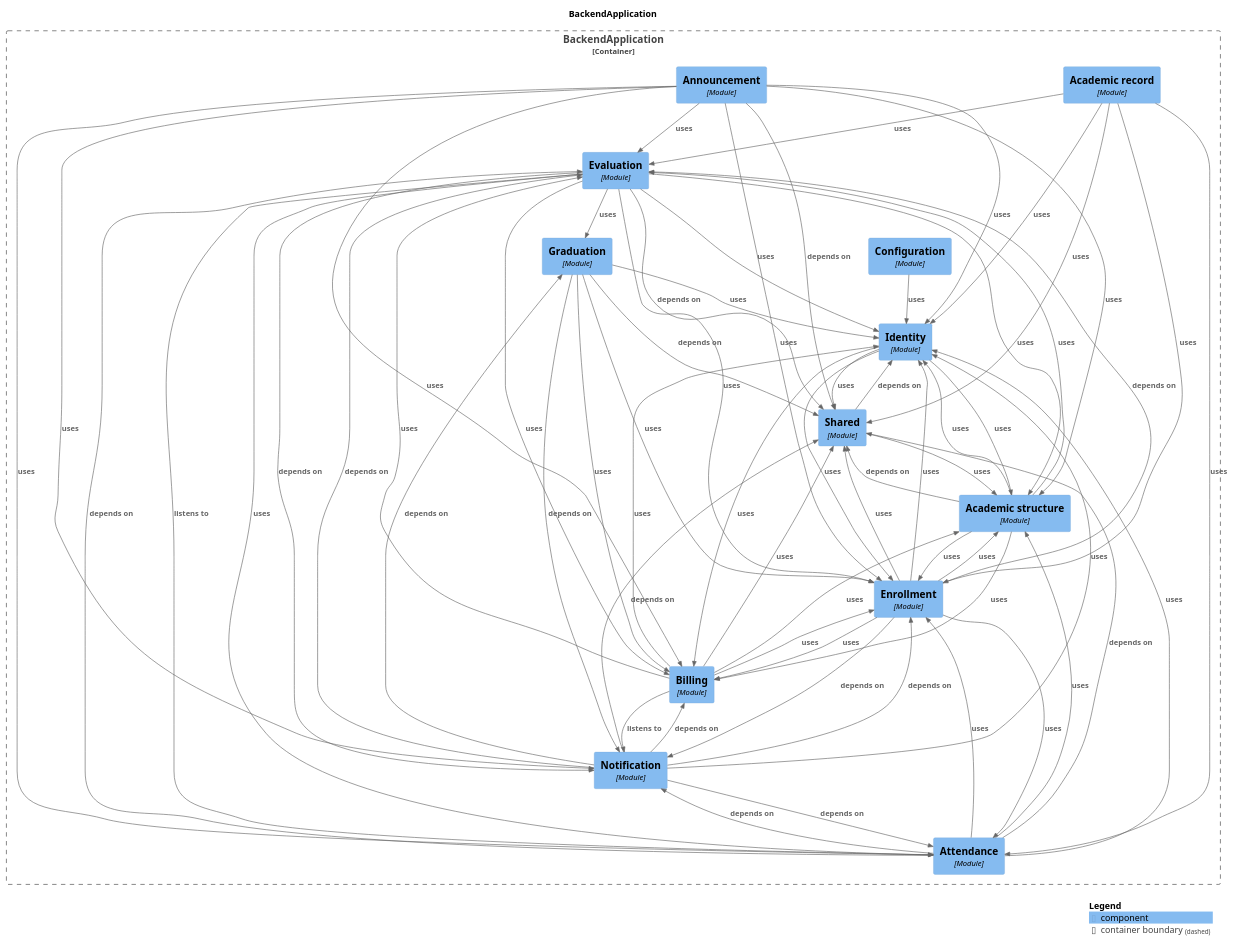
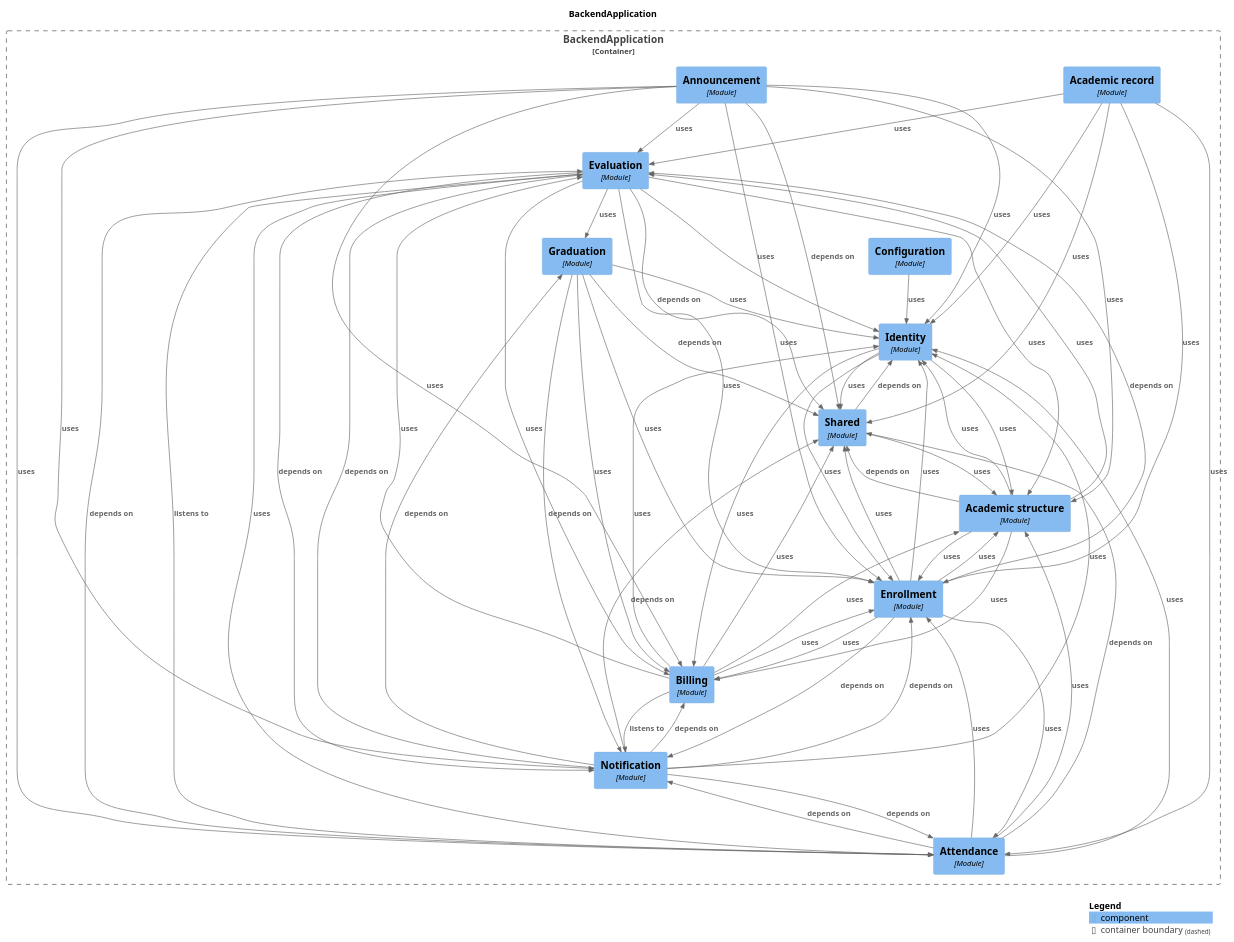
One commit to Gabriel030/agustina-bermejo-app changed the diagram in docs/architecture/components.puml. Above: the diagram before and after it, drawn with PlantUML. The commit also changed other lines of this file and 12 other files, not shown here.

```diff
--- a/docs/architecture/components.puml
+++ b/docs/architecture/components.puml
@@ -23,23 +23,51 @@
   Component(BackendApplication.BackendApplication.Enrollment, "Enrollment", $techn="Module", $descr="", $tags="", $link="")
 }
 
+Rel(BackendApplication.BackendApplication.Enrollment, BackendApplication.BackendApplication.Academicstructure, "uses", $techn="", $tags="", $link="")
+Rel(BackendApplication.BackendApplication.Enrollment, BackendApplication.BackendApplication.Attendance, "uses", $techn="", $tags="", $link="")
+Rel(BackendApplication.BackendApplication.Enrollment, BackendApplication.BackendApplication.Shared, "uses", $techn="", $tags="", $link="")
+Rel(BackendApplication.BackendApplication.Announcement, BackendApplication.BackendApplication.Shared, "depends on", $techn="", $tags="", $link="")
+Rel(BackendApplication.BackendApplication.Announcement, BackendApplication.BackendApplication.Billing, "uses", $techn="", $tags="", $link="")
+Rel(BackendApplication.BackendApplication.Announcement, BackendApplication.BackendApplication.Academicstructure, "uses", $techn="", $tags="", $link="")
+Rel(BackendApplication.BackendApplication.Announcement, BackendApplication.BackendApplication.Enrollment, "uses", $techn="", $tags="", $link="")
+Rel(BackendApplication.BackendApplication.Announcement, BackendApplication.BackendApplication.Evaluation, "uses", $techn="", $tags="", $link="")
+Rel(BackendApplication.BackendApplication.Announcement, BackendApplication.BackendApplication.Attendance, "uses", $techn="", $tags="", $link="")
+Rel(BackendApplication.BackendApplication.Announcement, BackendApplication.BackendApplication.Notification, "uses", $techn="", $tags="", $link="")
+Rel(BackendApplication.BackendApplication.Announcement, BackendApplication.BackendApplication.Identity, "uses", $techn="", $tags="", $link="")
+Rel(BackendApplication.BackendApplication.Graduation, BackendApplication.BackendApplication.Shared, "depends on", $techn="", $tags="", $link="")
+Rel(BackendApplication.BackendApplication.Graduation, BackendApplication.BackendApplication.Notification, "depends on", $techn="", $tags="", $link="")
+Rel(BackendApplication.BackendApplication.Graduation, BackendApplication.BackendApplication.Identity, "uses", $techn="", $tags="", $link="")
+Rel(BackendApplication.BackendApplication.Graduation, BackendApplication.BackendApplication.Enrollment, "uses", $techn="", $tags="", $link="")
+Rel(BackendApplication.BackendApplication.Graduation, BackendApplication.BackendApplication.Billing, "uses", $techn="", $tags="", $link="")
+Rel(BackendApplication.BackendApplication.Academicrecord, BackendApplication.BackendApplication.Identity, "uses", $techn="", $tags="", $link="")
+Rel(BackendApplication.BackendApplication.Academicrecord, BackendApplication.BackendApplication.Enrollment, "uses", $techn="", $tags="", $link="")
+Rel(BackendApplication.BackendApplication.Academicrecord, BackendApplication.BackendApplication.Attendance, "uses", $techn="", $tags="", $link="")
+Rel(BackendApplication.BackendApplication.Academicrecord, BackendApplication.BackendApplication.Evaluation, "uses", $techn="", $tags="", $link="")
+Rel(BackendApplication.BackendApplication.Academicrecord, BackendApplication.BackendApplication.Shared, "uses", $techn="", $tags="", $link="")
+Rel(BackendApplication.BackendApplication.Academicstructure, BackendApplication.BackendApplication.Shared, "depends on", $techn="", $tags="", $link="")
+Rel(BackendApplication.BackendApplication.Academicstructure, BackendApplication.BackendApplication.Enrollment, "uses", $techn="", $tags="", $link="")
+Rel(BackendApplication.BackendApplication.Academicstructure, BackendApplication.BackendApplication.Billing, "uses", $techn="", $tags="", $link="")
+Rel(BackendApplication.BackendApplication.Academicstructure, BackendApplication.BackendApplication.Identity, "uses", $techn="", $tags="", $link="")
+Rel(BackendApplication.BackendApplication.Academicstructure, BackendApplication.BackendApplication.Evaluation, "uses", $techn="", $tags="", $link="")
+Rel(BackendApplication.BackendApplication.Billing, BackendApplication.BackendApplication.Notification, "listens to", $techn="", $tags="", $link="")
 Rel(BackendApplication.BackendApplication.Billing, BackendApplication.BackendApplication.Identity, "uses", $techn="", $tags="", $link="")
 Rel(BackendApplication.BackendApplication.Billing, BackendApplication.BackendApplication.Enrollment, "uses", $techn="", $tags="", $link="")
 Rel(BackendApplication.BackendApplication.Billing, BackendApplication.BackendApplication.Shared, "uses", $techn="", $tags="", $link="")
 Rel(BackendApplication.BackendApplication.Billing, BackendApplication.BackendApplication.Academicstructure, "uses", $techn="", $tags="", $link="")
 Rel(BackendApplication.BackendApplication.Billing, BackendApplication.BackendApplication.Evaluation, "uses", $techn="", $tags="", $link="")
-Rel(BackendApplication.BackendApplication.Configuration, BackendApplication.BackendApplication.Identity, "uses", $techn="", $tags="", $link="")
-Rel(BackendApplication.BackendApplication.Graduation, BackendApplication.BackendApplication.Shared, "depends on", $techn="", $tags="", $link="")
-Rel(BackendApplication.BackendApplication.Graduation, BackendApplication.BackendApplication.Notification, "depends on", $techn="", $tags="", $link="")
-Rel(BackendApplication.BackendApplication.Graduation, BackendApplication.BackendApplication.Identity, "uses", $techn="", $tags="", $link="")
-Rel(BackendApplication.BackendApplication.Graduation, BackendApplication.BackendApplication.Enrollment, "uses", $techn="", $tags="", $link="")
-Rel(BackendApplication.BackendApplication.Graduation, BackendApplication.BackendApplication.Billing, "uses", $techn="", $tags="", $link="")
+Rel(BackendApplication.BackendApplication.Shared, BackendApplication.BackendApplication.Identity, "depends on", $techn="", $tags="", $link="")
+Rel(BackendApplication.BackendApplication.Shared, BackendApplication.BackendApplication.Academicstructure, "uses", $techn="", $tags="", $link="")
 Rel(BackendApplication.BackendApplication.Identity, BackendApplication.BackendApplication.Shared, "uses", $techn="", $tags="", $link="")
 Rel(BackendApplication.BackendApplication.Identity, BackendApplication.BackendApplication.Billing, "uses", $techn="", $tags="", $link="")
 Rel(BackendApplication.BackendApplication.Identity, BackendApplication.BackendApplication.Enrollment, "uses", $techn="", $tags="", $link="")
 Rel(BackendApplication.BackendApplication.Identity, BackendApplication.BackendApplication.Academicstructure, "uses", $techn="", $tags="", $link="")
-Rel(BackendApplication.BackendApplication.Shared, BackendApplication.BackendApplication.Identity, "depends on", $techn="", $tags="", $link="")
-Rel(BackendApplication.BackendApplication.Shared, BackendApplication.BackendApplication.Academicstructure, "uses", $techn="", $tags="", $link="")
+Rel(BackendApplication.BackendApplication.Attendance, BackendApplication.BackendApplication.Shared, "depends on", $techn="", $tags="", $link="")
+Rel(BackendApplication.BackendApplication.Attendance, BackendApplication.BackendApplication.Evaluation, "depends on", $techn="", $tags="", $link="")
+Rel(BackendApplication.BackendApplication.Attendance, BackendApplication.BackendApplication.Notification, "depends on", $techn="", $tags="", $link="")
+Rel(BackendApplication.BackendApplication.Attendance, BackendApplication.BackendApplication.Academicstructure, "uses", $techn="", $tags="", $link="")
+Rel(BackendApplication.BackendApplication.Attendance, BackendApplication.BackendApplication.Enrollment, "uses", $techn="", $tags="", $link="")
+Rel(BackendApplication.BackendApplication.Attendance, BackendApplication.BackendApplication.Identity, "uses", $techn="", $tags="", $link="")
+Rel(BackendApplication.BackendApplication.Configuration, BackendApplication.BackendApplication.Identity, "uses", $techn="", $tags="", $link="")
 Rel(BackendApplication.BackendApplication.Evaluation, BackendApplication.BackendApplication.Attendance, "listens to", $techn="", $tags="", $link="")
 Rel(BackendApplication.BackendApplication.Evaluation, BackendApplication.BackendApplication.Shared, "depends on", $techn="", $tags="", $link="")
 Rel(BackendApplication.BackendApplication.Evaluation, BackendApplication.BackendApplication.Notification, "depends on", $techn="", $tags="", $link="")
@@ -49,13 +77,6 @@
 Rel(BackendApplication.BackendApplication.Evaluation, BackendApplication.BackendApplication.Attendance, "uses", $techn="", $tags="", $link="")
 Rel(BackendApplication.BackendApplication.Evaluation, BackendApplication.BackendApplication.Billing, "uses", $techn="", $tags="", $link="")
 Rel(BackendApplication.BackendApplication.Evaluation, BackendApplication.BackendApplication.Graduation, "uses", $techn="", $tags="", $link="")
-Rel(BackendApplication.BackendApplication.Enrollment, BackendApplication.BackendApplication.Evaluation, "depends on", $techn="", $tags="", $link="")
-Rel(BackendApplication.BackendApplication.Enrollment, BackendApplication.BackendApplication.Notification, "depends on", $techn="", $tags="", $link="")
-Rel(BackendApplication.BackendApplication.Enrollment, BackendApplication.BackendApplication.Billing, "uses", $techn="", $tags="", $link="")
-Rel(BackendApplication.BackendApplication.Enrollment, BackendApplication.BackendApplication.Identity, "uses", $techn="", $tags="", $link="")
-Rel(BackendApplication.BackendApplication.Enrollment, BackendApplication.BackendApplication.Academicstructure, "uses", $techn="", $tags="", $link="")
-Rel(BackendApplication.BackendApplication.Enrollment, BackendApplication.BackendApplication.Attendance, "uses", $techn="", $tags="", $link="")
-Rel(BackendApplication.BackendApplication.Enrollment, BackendApplication.BackendApplication.Shared, "uses", $techn="", $tags="", $link="")
 Rel(BackendApplication.BackendApplication.Notification, BackendApplication.BackendApplication.Attendance, "depends on", $techn="", $tags="", $link="")
 Rel(BackendApplication.BackendApplication.Notification, BackendApplication.BackendApplication.Enrollment, "depends on", $techn="", $tags="", $link="")
 Rel(BackendApplication.BackendApplication.Notification, BackendApplication.BackendApplication.Graduation, "depends on", $techn="", $tags="", $link="")
@@ -63,31 +84,10 @@
 Rel(BackendApplication.BackendApplication.Notification, BackendApplication.BackendApplication.Evaluation, "depends on", $techn="", $tags="", $link="")
 Rel(BackendApplication.BackendApplication.Notification, BackendApplication.BackendApplication.Shared, "depends on", $techn="", $tags="", $link="")
 Rel(BackendApplication.BackendApplication.Notification, BackendApplication.BackendApplication.Identity, "uses", $techn="", $tags="", $link="")
-Rel(BackendApplication.BackendApplication.Academicrecord, BackendApplication.BackendApplication.Identity, "uses", $techn="", $tags="", $link="")
-Rel(BackendApplication.BackendApplication.Academicrecord, BackendApplication.BackendApplication.Enrollment, "uses", $techn="", $tags="", $link="")
-Rel(BackendApplication.BackendApplication.Academicrecord, BackendApplication.BackendApplication.Attendance, "uses", $techn="", $tags="", $link="")
-Rel(BackendApplication.BackendApplication.Academicrecord, BackendApplication.BackendApplication.Evaluation, "uses", $techn="", $tags="", $link="")
-Rel(BackendApplication.BackendApplication.Academicrecord, BackendApplication.BackendApplication.Shared, "uses", $techn="", $tags="", $link="")
-Rel(BackendApplication.BackendApplication.Announcement, BackendApplication.BackendApplication.Shared, "depends on", $techn="", $tags="", $link="")
-Rel(BackendApplication.BackendApplication.Announcement, BackendApplication.BackendApplication.Billing, "uses", $techn="", $tags="", $link="")
-Rel(BackendApplication.BackendApplication.Announcement, BackendApplication.BackendApplication.Academicstructure, "uses", $techn="", $tags="", $link="")
-Rel(BackendApplication.BackendApplication.Announcement, BackendApplication.BackendApplication.Enrollment, "uses", $techn="", $tags="", $link="")
-Rel(BackendApplication.BackendApplication.Announcement, BackendApplication.BackendApplication.Evaluation, "uses", $techn="", $tags="", $link="")
-Rel(BackendApplication.BackendApplication.Announcement, BackendApplication.BackendApplication.Attendance, "uses", $techn="", $tags="", $link="")
-Rel(BackendApplication.BackendApplication.Announcement, BackendApplication.BackendApplication.Notification, "uses", $techn="", $tags="", $link="")
-Rel(BackendApplication.BackendApplication.Announcement, BackendApplication.BackendApplication.Identity, "uses", $techn="", $tags="", $link="")
-Rel(BackendApplication.BackendApplication.Attendance, BackendApplication.BackendApplication.Shared, "depends on", $techn="", $tags="", $link="")
-Rel(BackendApplication.BackendApplication.Attendance, BackendApplication.BackendApplication.Evaluation, "depends on", $techn="", $tags="", $link="")
-Rel(BackendApplication.BackendApplication.Attendance, BackendApplication.BackendApplication.Notification, "depends on", $techn="", $tags="", $link="")
-Rel(BackendApplication.BackendApplication.Attendance, BackendApplication.BackendApplication.Academicstructure, "uses", $techn="", $tags="", $link="")
-Rel(BackendApplication.BackendApplication.Attendance, BackendApplication.BackendApplication.Enrollment, "uses", $techn="", $tags="", $link="")
-Rel(BackendApplication.BackendApplication.Attendance, BackendApplication.BackendApplication.Identity, "uses", $techn="", $tags="", $link="")
-Rel(BackendApplication.BackendApplication.Academicstructure, BackendApplication.BackendApplication.Shared, "depends on", $techn="", $tags="", $link="")
-Rel(BackendApplication.BackendApplication.Academicstructure, BackendApplication.BackendApplication.Enrollment, "uses", $techn="", $tags="", $link="")
-Rel(BackendApplication.BackendApplication.Academicstructure, BackendApplication.BackendApplication.Billing, "uses", $techn="", $tags="", $link="")
-Rel(BackendApplication.BackendApplication.Academicstructure, BackendApplication.BackendApplication.Identity, "uses", $techn="", $tags="", $link="")
-Rel(BackendApplication.BackendApplication.Academicstructure, BackendApplication.BackendApplication.Evaluation, "uses", $techn="", $tags="", $link="")
-Rel(BackendApplication.BackendApplication.Billing, BackendApplication.BackendApplication.Notification, "listens to", $techn="", $tags="", $link="")
+Rel(BackendApplication.BackendApplication.Enrollment, BackendApplication.BackendApplication.Evaluation, "depends on", $techn="", $tags="", $link="")
+Rel(BackendApplication.BackendApplication.Enrollment, BackendApplication.BackendApplication.Notification, "depends on", $techn="", $tags="", $link="")
+Rel(BackendApplication.BackendApplication.Enrollment, BackendApplication.BackendApplication.Billing, "uses", $techn="", $tags="", $link="")
+Rel(BackendApplication.BackendApplication.Enrollment, BackendApplication.BackendApplication.Identity, "uses", $techn="", $tags="", $link="")
 
 SHOW_LEGEND(true)
 @enduml
```
